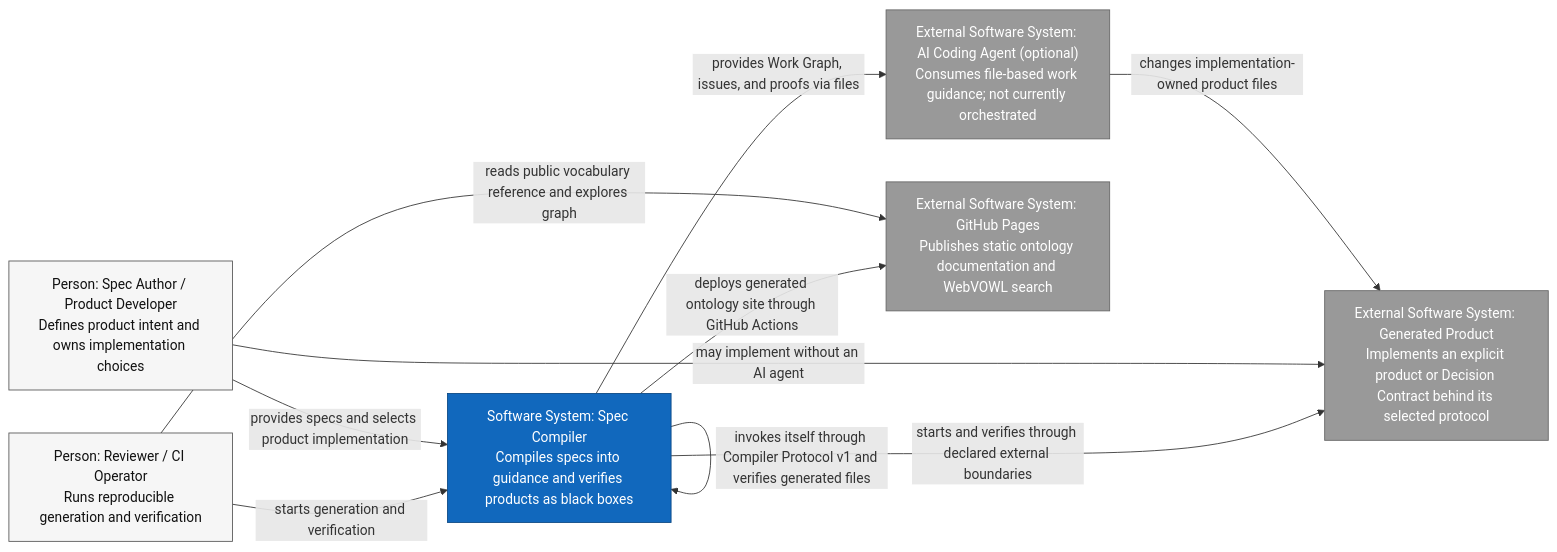
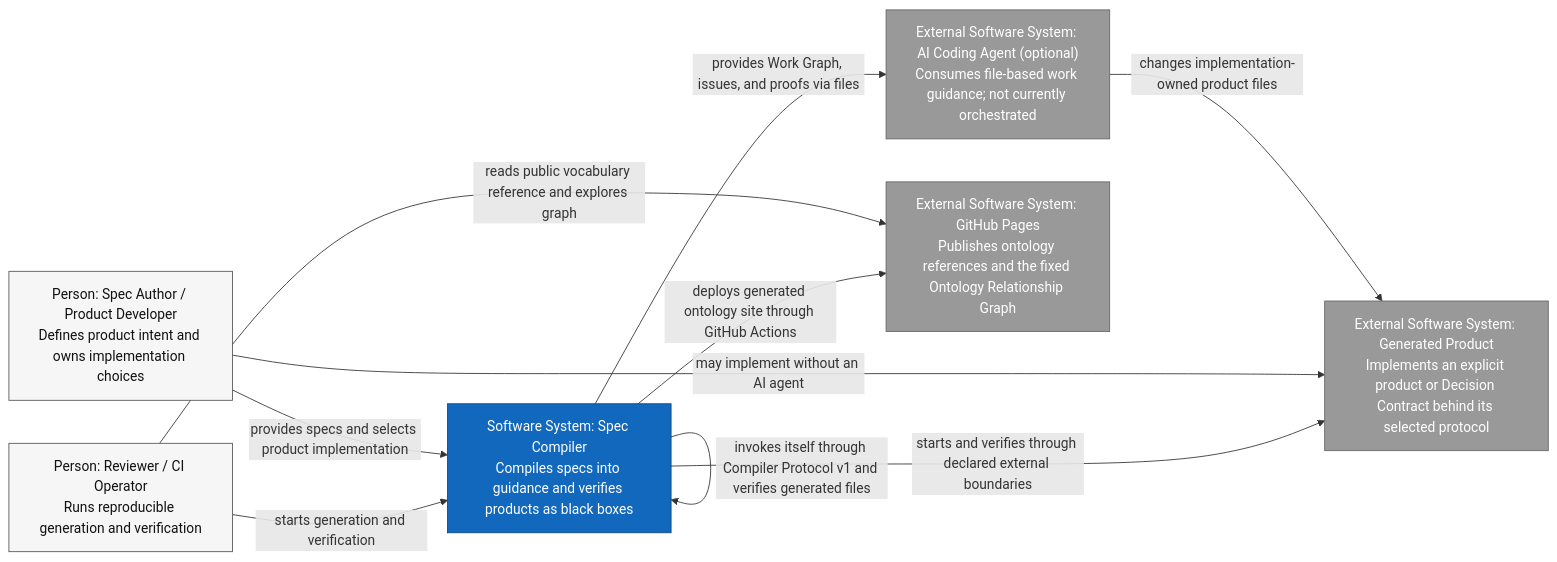
One commit to arturmiller/spec-compiler changed the first of 7 diagrams in docs/architecture/c4.md. Above: the diagram before and after it, drawn with Mermaid. The commit also changed other lines of this file and 9 other files, not shown here.

Commit message:
Publish fixed ontology relationship graph on Pages

````diff
--- a/docs/architecture/c4.md
+++ b/docs/architecture/c4.md
@@ -27,26 +27,26 @@
 ```mermaid
 flowchart LR
     author["Person: Spec Author / Product Developer<br/>Defines product intent and owns implementation choices"]
     reviewer["Person: Reviewer / CI Operator<br/>Runs reproducible generation and verification"]
     tool["Software System: Spec Compiler<br/>Compiles specs into guidance and verifies products as black boxes"]
     agent["External Software System: AI Coding Agent (optional)<br/>Consumes file-based work guidance; not currently orchestrated"]
     product["External Software System: Generated Product<br/>Implements an explicit product or Decision Contract behind its selected protocol"]
-    pages["External Software System: GitHub Pages<br/>Publishes static ontology documentation and WebVOWL search"]
+    pages["External Software System: GitHub Pages<br/>Publishes ontology references and the fixed Ontology Relationship Graph"]
 
     author -->|"provides specs and selects product implementation"| tool
     reviewer -->|"starts generation and verification"| tool
     tool -->|"provides Work Graph, issues, and proofs via files"| agent
     agent -->|"changes implementation-owned product files"| product
     author -->|"may implement without an AI agent"| product
     tool -->|"starts and verifies through declared external boundaries"| product
     tool -->|"invokes itself through Compiler Protocol v1 and verifies generated files"| tool
     reviewer -->|"reads public vocabulary reference and explores graph"| pages
     tool -->|"deploys generated ontology site through GitHub Actions"| pages
 
     classDef person fill:#f6f6f6,stroke:#555,color:#111;
     classDef system fill:#1168bd,stroke:#0b4884,color:#fff;
     classDef external fill:#999,stroke:#666,color:#fff;
     class author,reviewer person;
     class tool system;
     class agent,product,pages external;
 ```
````
